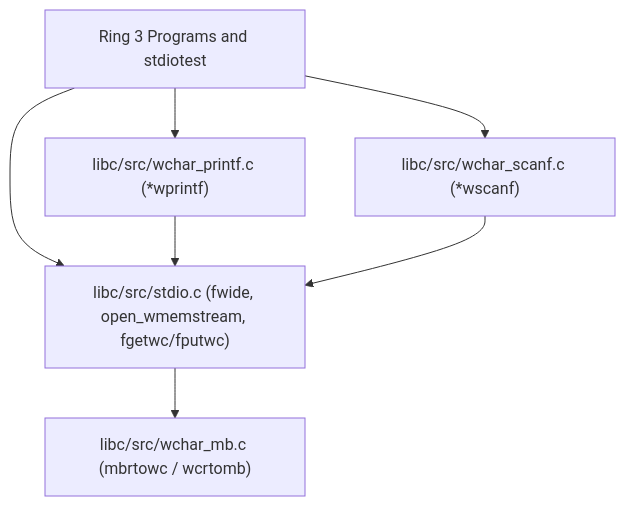
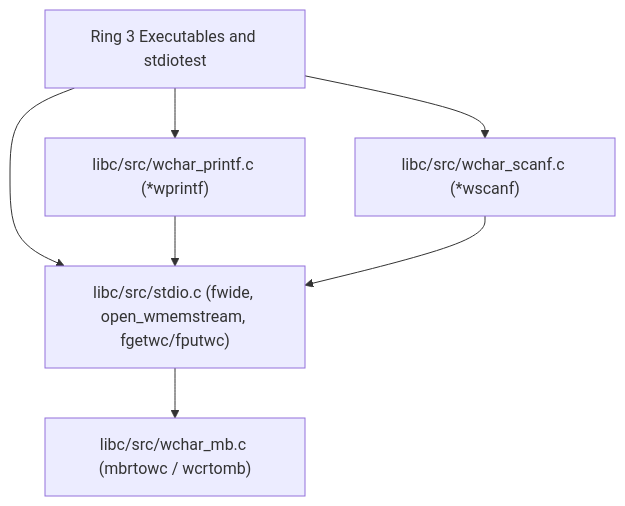
The diagram in docs/30-architecture/adr/ADR_0036.md (Deniz-Eren/microkernel), drawn with Mermaid before and after one commit. The commit also changed other lines of this file and 151 other files, not shown here.

````diff
--- a/docs/30-architecture/adr/ADR_0036.md
+++ b/docs/30-architecture/adr/ADR_0036.md
@@ -22,15 +22,15 @@
 ```mermaid
 flowchart TD
-    APP["Ring 3 Programs and stdiotest"]
+    APP["Ring 3 Executables and stdiotest"]
     WP["libc/src/wchar_printf.c (*wprintf)"]
     WS["libc/src/wchar_scanf.c (*wscanf)"]
     STDIO["libc/src/stdio.c (fwide, open_wmemstream, fgetwc/fputwc)"]
     WMB["libc/src/wchar_mb.c (mbrtowc / wcrtomb)"]
 
     APP --> WP
     APP --> WS
     APP --> STDIO
     WP --> STDIO
     WS --> STDIO
     STDIO --> WMB
 ```
````
